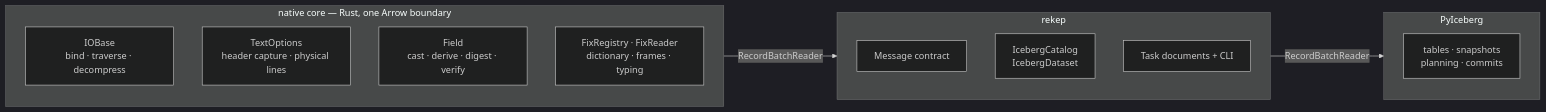
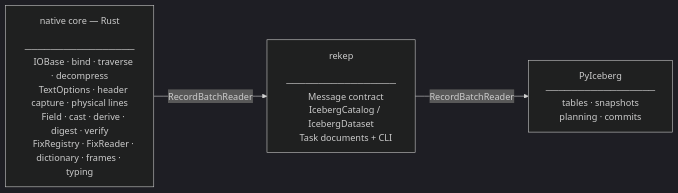
Before and after one commit to Platob/yggfin: the first of 3 diagrams in docs/overview/architecture.md, drawn with Mermaid (dark theme). The commit also changed 1 other file, not shown here.

Commit message:
Lay the two layer diagrams out so their labels can be read
Both drew their layers as subgraphs, and mermaid ignores a subgraph's own
direction once an edge crosses its boundary -- so the members stacked whatever
was asked for, and the diagram was either a tall column or a wide strip of
unreadable text. Each layer is one node listing what it holds, three across.

Claude-Session: https://claude.ai/code/session_01MVNkF6EzsK3NkSfd4QZyAs

````diff
--- a/docs/overview/architecture.md
+++ b/docs/overview/architecture.md
@@ -7,22 +7,19 @@
 ```mermaid
 flowchart LR
-    subgraph N["native core — Rust, one Arrow boundary"]
-        direction TB
-        N1["IOBase<br/>bind · traverse · decompress"]
-        N2["TextOptions<br/>header capture · physical lines"]
-        N3["Field<br/>cast · derive · digest · verify"]
-        N4["FixRegistry · FixReader<br/>dictionary · frames · typing"]
-    end
-    subgraph K["rekep"]
-        direction TB
-        K1["Message contract"]
-        K2["IcebergCatalog<br/>IcebergDataset"]
-        K3["Task documents + CLI"]
-    end
-    subgraph I["PyIceberg"]
-        direction TB
-        I1["tables · snapshots<br/>planning · commits"]
-    end
-    N -->|RecordBatchReader| K
-    K -->|RecordBatchReader| I
+    N["native core — Rust
+    ─────────────────
+    IOBase · bind · traverse · decompress
+    TextOptions · header capture · physical lines
+    Field · cast · derive · digest · verify
+    FixRegistry · FixReader · dictionary · frames · typing"]
+    K["rekep
+    ─────────────────
+    Message contract
+    IcebergCatalog / IcebergDataset
+    Task documents + CLI"]
+    I["PyIceberg
+    ─────────────────
+    tables · snapshots
+    planning · commits"]
+    N -->|RecordBatchReader| K -->|RecordBatchReader| I
 ```
````
